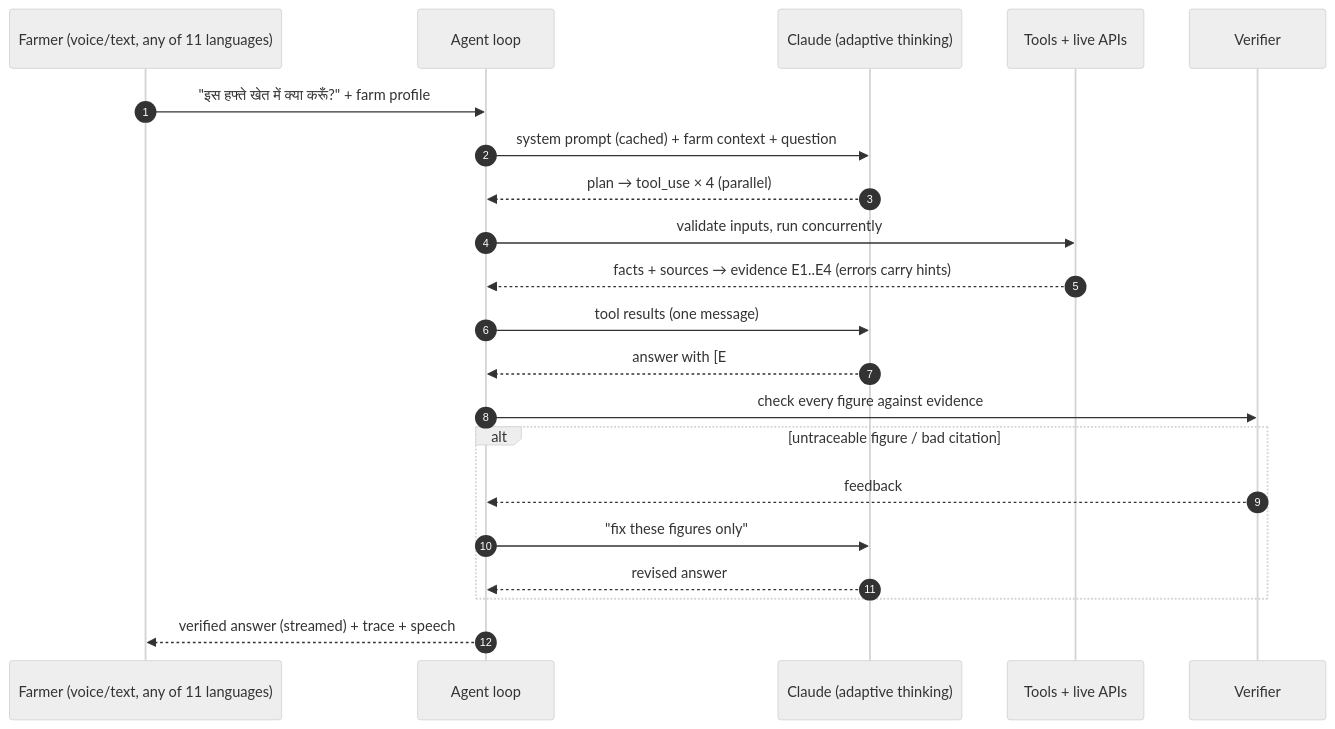
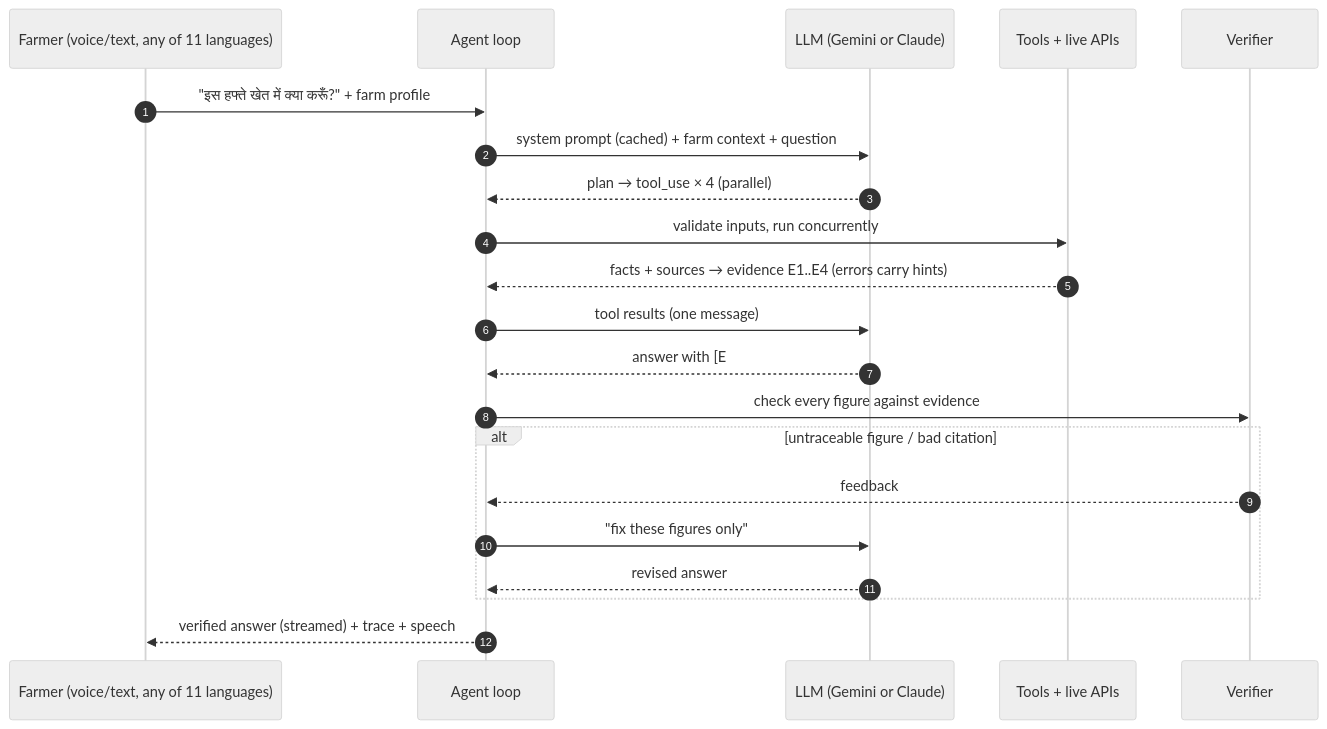
The second of 2 diagrams in README.md (Sameer6556/KhetKavach), drawn with Mermaid (neutral theme) before and after one commit. The commit also changed other lines of this file and 23 other files, not shown here.

First line of the commit message:
Add Google Gemini as an alternative LLM provider

````diff
--- a/README.md
+++ b/README.md
@@ -114,23 +114,23 @@
 ```mermaid
 sequenceDiagram
     autonumber
     participant F as Farmer (voice/text, any of 11 languages)
     participant A as Agent loop
-    participant C as Claude (adaptive thinking)
+    participant C as LLM (Gemini or Claude)
     participant T as Tools + live APIs
     participant V as Verifier
     F->>A: "इस हफ्ते खेत में क्या करूँ?" + farm profile
     A->>C: system prompt (cached) + farm context + question
     C-->>A: plan → tool_use × 4 (parallel)
     A->>T: validate inputs, run concurrently
     T-->>A: facts + sources → evidence E1..E4 (errors carry hints)
     A->>C: tool results (one message)
     C-->>A: answer with [E#] citations
     A->>V: check every figure against evidence
     alt untraceable figure / bad citation
         V-->>A: feedback
         A->>C: "fix these figures only"
         C-->>A: revised answer
     end
     A-->>F: verified answer (streamed) + trace + speech
 ```
````
